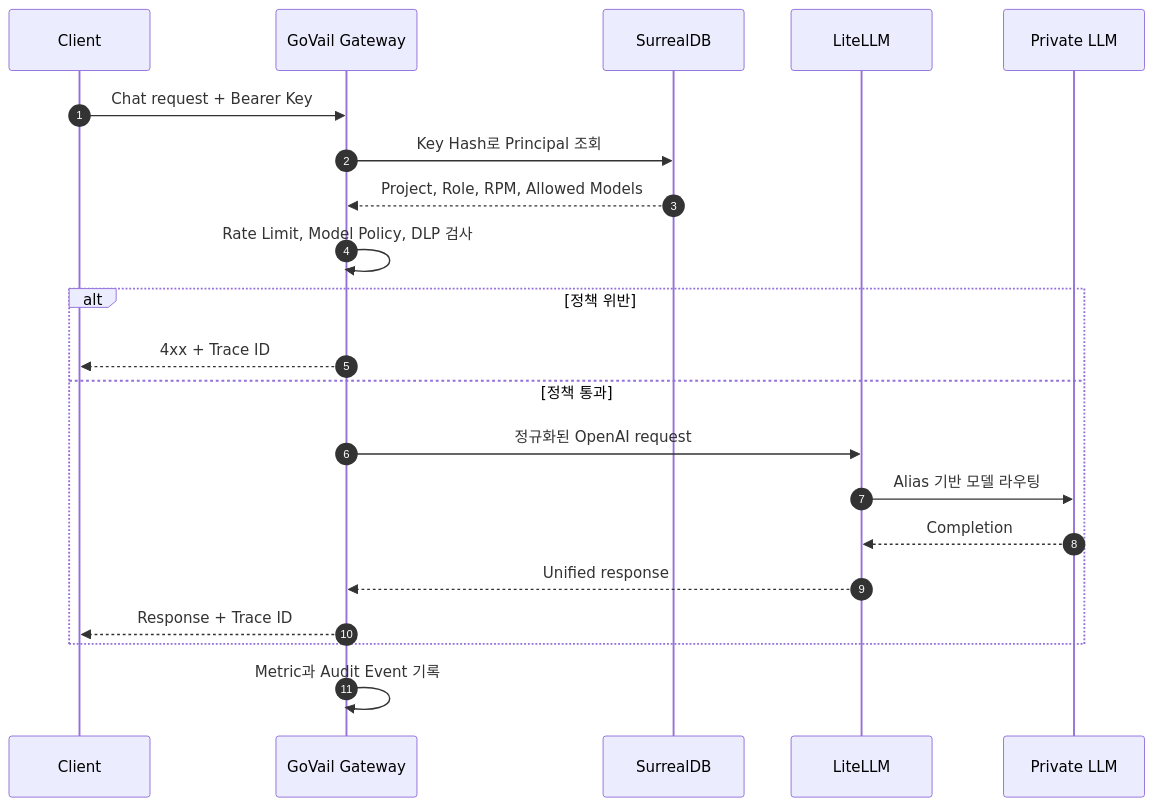
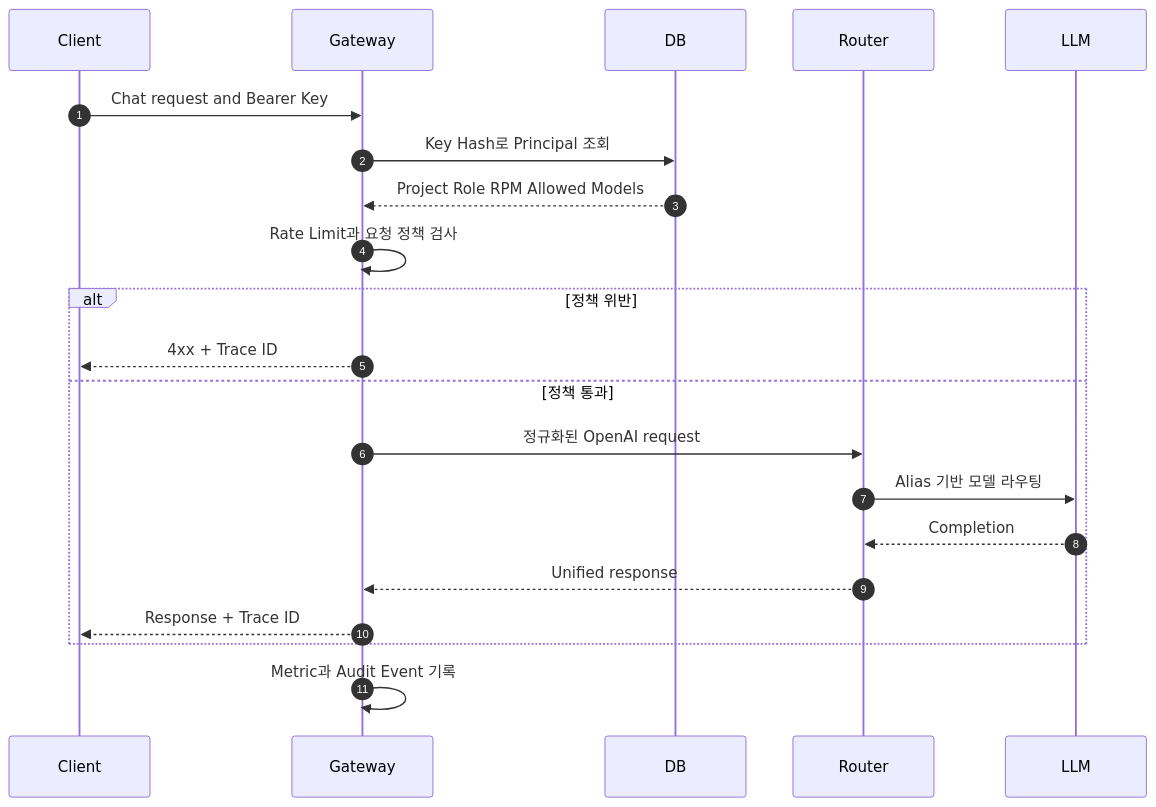
Before and after one commit to devcy0922/devcy0922.github.io: the second of 2 diagrams in docs/projects/govail-gateway.md, drawn with Mermaid. The commit also changed other lines of this file and 12 other files, not shown here.

````diff
--- a/docs/projects/govail-gateway.md
+++ b/docs/projects/govail-gateway.md
@@ -50,23 +50,23 @@
 ```mermaid
 sequenceDiagram
     autonumber
     participant Client
-    participant Gateway as GoVail Gateway
-    participant DB as SurrealDB
-    participant Router as LiteLLM
-    participant LLM as Private LLM
-    Client->>Gateway: Chat request + Bearer Key
+    participant Gateway
+    participant DB
+    participant Router
+    participant LLM
+    Client->>Gateway: Chat request and Bearer Key
     Gateway->>DB: Key Hash로 Principal 조회
-    DB-->>Gateway: Project, Role, RPM, Allowed Models
-    Gateway->>Gateway: Rate Limit, Model Policy, DLP 검사
+    DB-->>Gateway: Project Role RPM Allowed Models
+    Gateway->>Gateway: Rate Limit과 요청 정책 검사
     alt 정책 위반
         Gateway-->>Client: 4xx + Trace ID
     else 정책 통과
         Gateway->>Router: 정규화된 OpenAI request
         Router->>LLM: Alias 기반 모델 라우팅
         LLM-->>Router: Completion
         Router-->>Gateway: Unified response
         Gateway-->>Client: Response + Trace ID
     end
     Gateway->>Gateway: Metric과 Audit Event 기록
 ```
````
